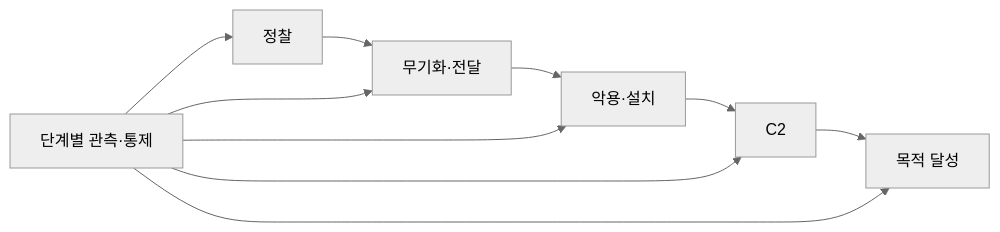
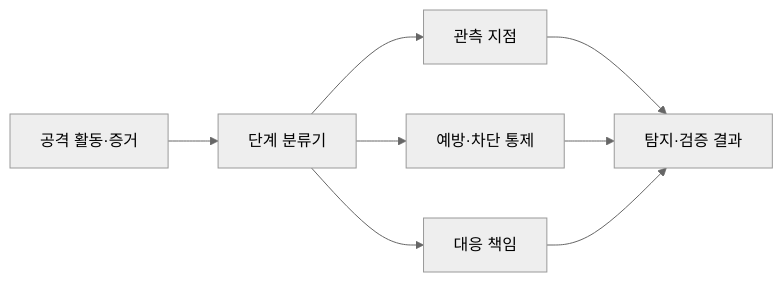
Before and after one commit to agnusdei1207/knowledge-base: the first of 2 diagrams in src/content/docs/notes/05-security/028_cyber_kill_chain.md, drawn with Mermaid (neutral theme). The commit also changed other lines of this file and 4 other files, not shown here.

````diff
--- a/src/content/docs/notes/05-security/028_cyber_kill_chain.md
+++ b/src/content/docs/notes/05-security/028_cyber_kill_chain.md
@@ -58,12 +58,10 @@
 ```mermaid
 flowchart LR
-    A[정찰] --> B[무기화·전달]
-    B --> C[악용·설치]
-    C --> D[C2]
-    D --> E[목적 달성]
-    F[단계별 관측·통제] --> A
-    F --> B
-    F --> C
-    F --> D
-    F --> E
+    A[공격 활동·증거] --> B[단계 분류기]
+    B --> C[관측 지점]
+    B --> D[예방·차단 통제]
+    B --> E[대응 책임]
+    C --> F[탐지·검증 결과]
+    D --> F
+    E --> F
 ```
````
